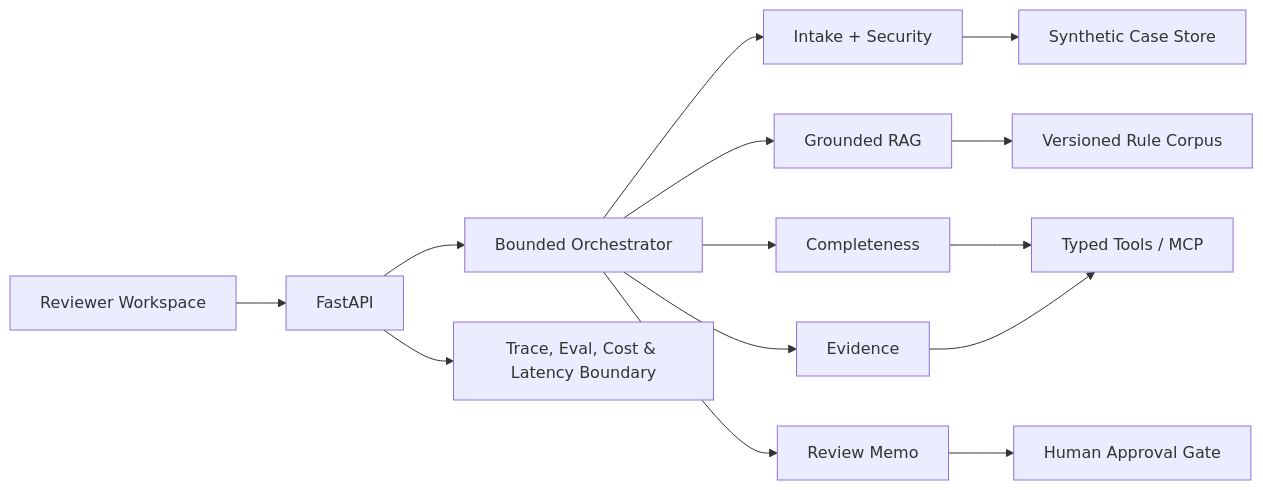
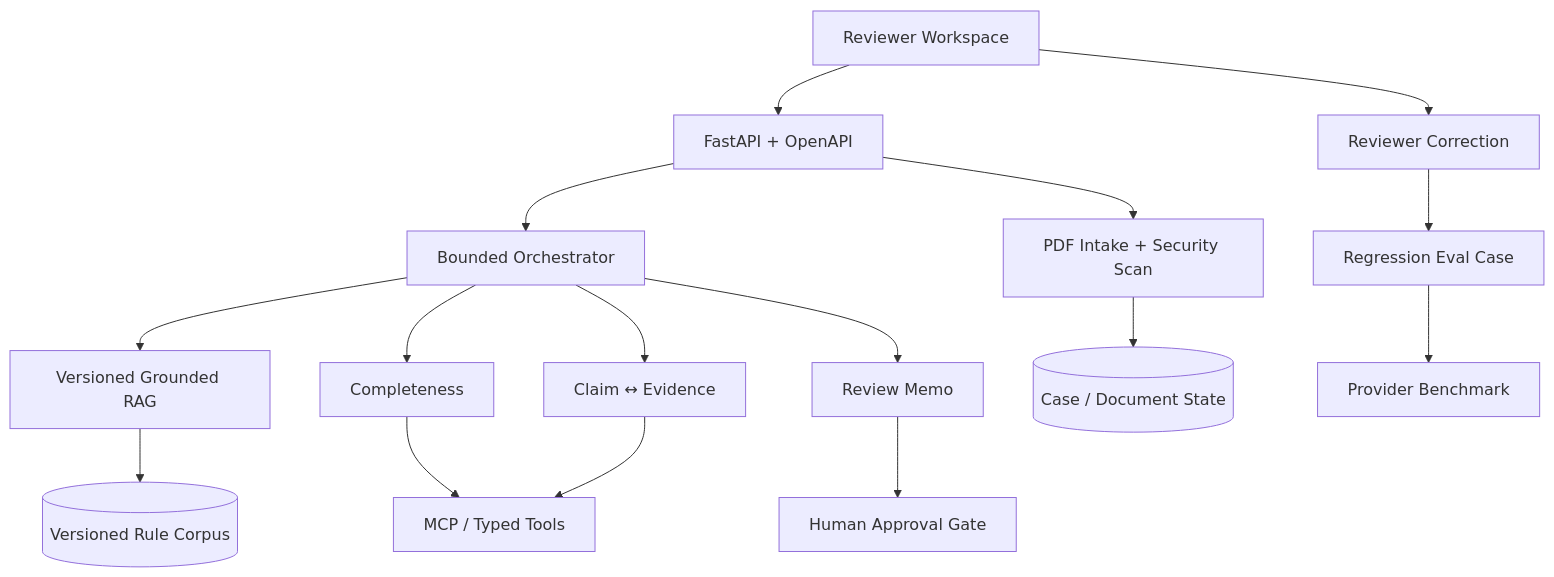
The diagram in README.md (mikelninh/pruefpilot-document-ai), drawn with Mermaid before and after one commit. The commit also changed other lines of this file, not shown here.

Commit message:
docs: document PrüfPilot v3 live product and API

````diff
--- a/README.md
+++ b/README.md
@@ -36,16 +72,18 @@
 ```mermaid
-flowchart LR
-    UI[Reviewer Workspace] --> API[FastAPI]
-    API --> O[Bounded Orchestrator]
-    O --> I[Intake + Security]
-    O --> Q[Grounded RAG]
-    O --> C[Completeness]
-    O --> E[Evidence]
-    O --> M[Review Memo]
-    I --> CASE[Synthetic Case Store]
-    Q --> RULES[Versioned Rule Corpus]
-    C --> TOOLS[Typed Tools / MCP]
-    E --> TOOLS
-    M --> H[Human Approval Gate]
-    API --> OBS[Trace, Eval, Cost & Latency Boundary]
+flowchart TB
+    Reviewer[Reviewer Workspace] --> API[FastAPI + OpenAPI]
+    API --> Intake[PDF Intake + Security Scan]
+    API --> Agent[Bounded Orchestrator]
+    Agent --> RAG[Versioned Grounded RAG]
+    Agent --> Complete[Completeness]
+    Agent --> Evidence[Claim ↔ Evidence]
+    Agent --> Memo[Review Memo]
+    Intake --> State[(Case / Document State)]
+    RAG --> Rules[(Versioned Rule Corpus)]
+    Complete --> Tools[MCP / Typed Tools]
+    Evidence --> Tools
+    Memo --> Human[Human Approval Gate]
+    Reviewer --> Feedback[Reviewer Correction]
+    Feedback --> Evals[Regression Eval Case]
+    Evals --> Benchmark[Provider Benchmark]
 ```
````
